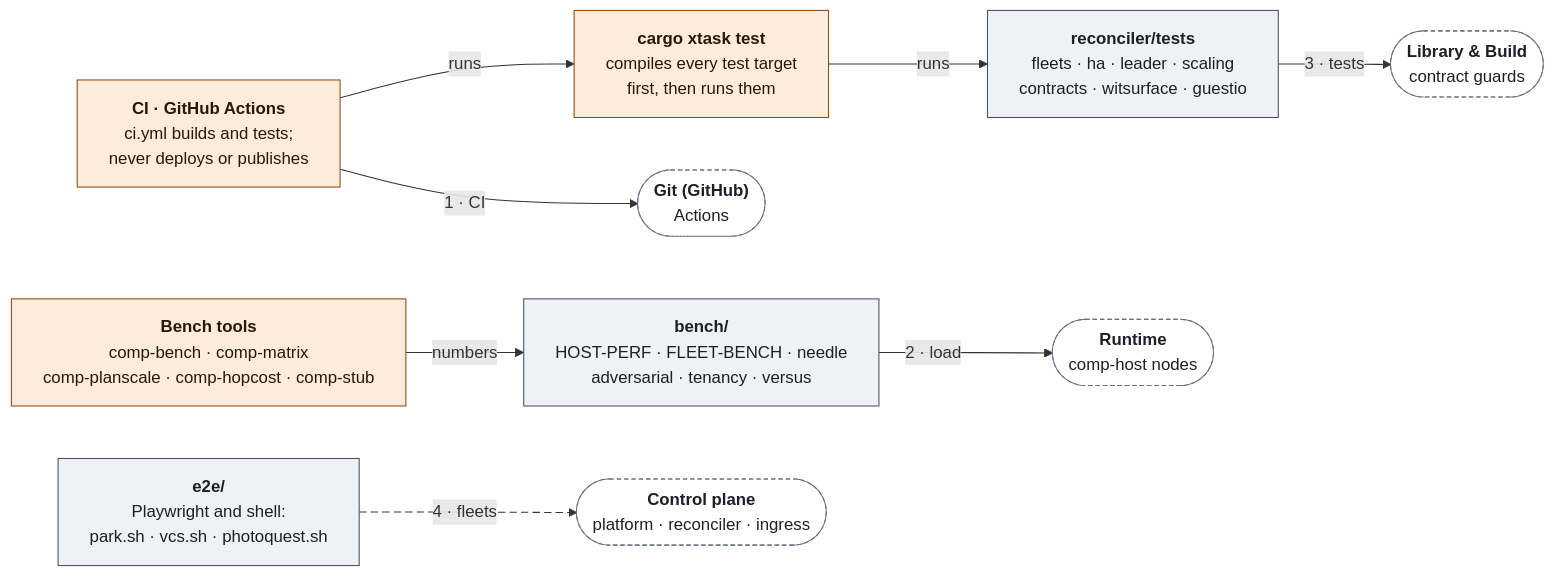
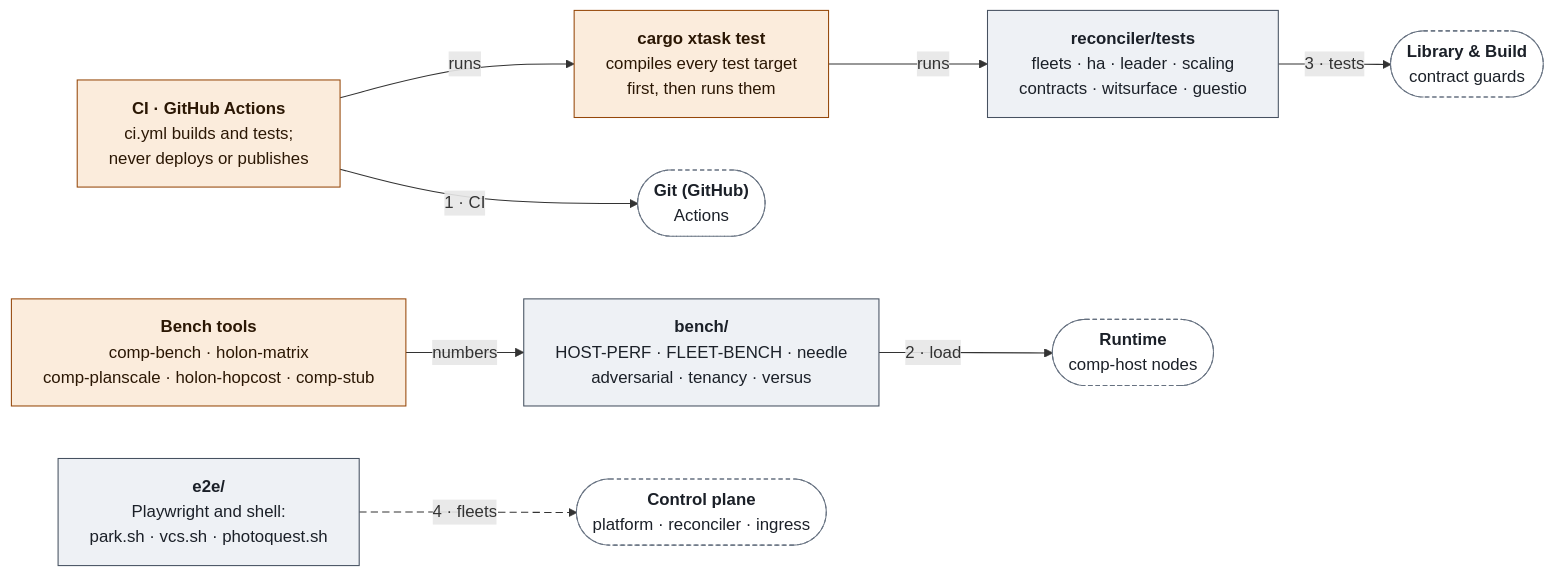
The tenth of 11 diagrams in docs/ARCHITECTURE.md (markkovari/holon), drawn with Mermaid before and after one commit. The commit also changed other lines of this file and 56 other files, not shown here.

````diff
--- a/docs/ARCHITECTURE.md
+++ b/docs/ARCHITECTURE.md
@@ -687,29 +687,29 @@
 ```mermaid
 %%{init: {"flowchart": {"wrappingWidth": 360}}}%%
 flowchart LR
   classDef wasm fill:#e1f3ef,stroke:#0a6a5f,color:#10231f
   classDef native fill:#fbecdc,stroke:#954709,color:#2b1704
   classDef store fill:#eae7fa,stroke:#4a3fb0,color:#17123f
   classDef actor fill:#e4ebf7,stroke:#2a4977,color:#0f1d33
   classDef spec fill:#eef1f5,stroke:#465160,color:#1b2028
   classDef ext fill:#ffffff,stroke:#667180,color:#1b2028,stroke-dasharray:5 4
   classDef ghost fill:#ffffff,stroke:#667180,color:#1b2028,stroke-dasharray:4 3
   n_ci["<b>CI · GitHub Actions</b><br/>ci.yml builds and tests;<br/>never deploys or publishes"]:::native
   n_xt["<b>cargo xtask test</b><br/>compiles every test target<br/>first, then runs them"]:::native
   n_suites["<b>reconciler/tests</b><br/>fleets · ha · leader · scaling<br/>contracts · witsurface · guestio"]:::spec
   n_bench["<b>bench/</b><br/>HOST-PERF · FLEET-BENCH · needle<br/>adversarial · tenancy · versus"]:::spec
-  n_tools["<b>Bench tools</b><br/>comp-bench · comp-matrix<br/>comp-planscale · comp-hopcost · comp-stub"]:::native
+  n_tools["<b>Bench tools</b><br/>comp-bench · holon-matrix<br/>comp-planscale · holon-hopcost · comp-stub"]:::native
   n_e2e["<b>e2e/</b><br/>Playwright and shell:<br/>park.sh · vcs.sh · photoquest.sh"]:::spec
   n_g_git(["<b>Git (GitHub)</b><br/>Actions"]):::ghost
   n_g_run(["<b>Runtime</b><br/>comp-host nodes"]):::ghost
   n_g_lib(["<b>Library #amp; Build</b><br/>contract guards"]):::ghost
   n_g_cp(["<b>Control plane</b><br/>platform · reconciler · ingress"]):::ghost
   n_ci -- "runs" --> n_xt
   n_xt -- "runs" --> n_suites
   n_tools -- "numbers" --> n_bench
   n_ci -- "1 · CI" --> n_g_git
   n_bench -- "2 · load" --> n_g_run
   n_suites -- "3 · tests" --> n_g_lib
   n_e2e -- "4 · fleets" --> n_g_cp
   linkStyle 6 stroke-dasharray:7 4
 ```
````
